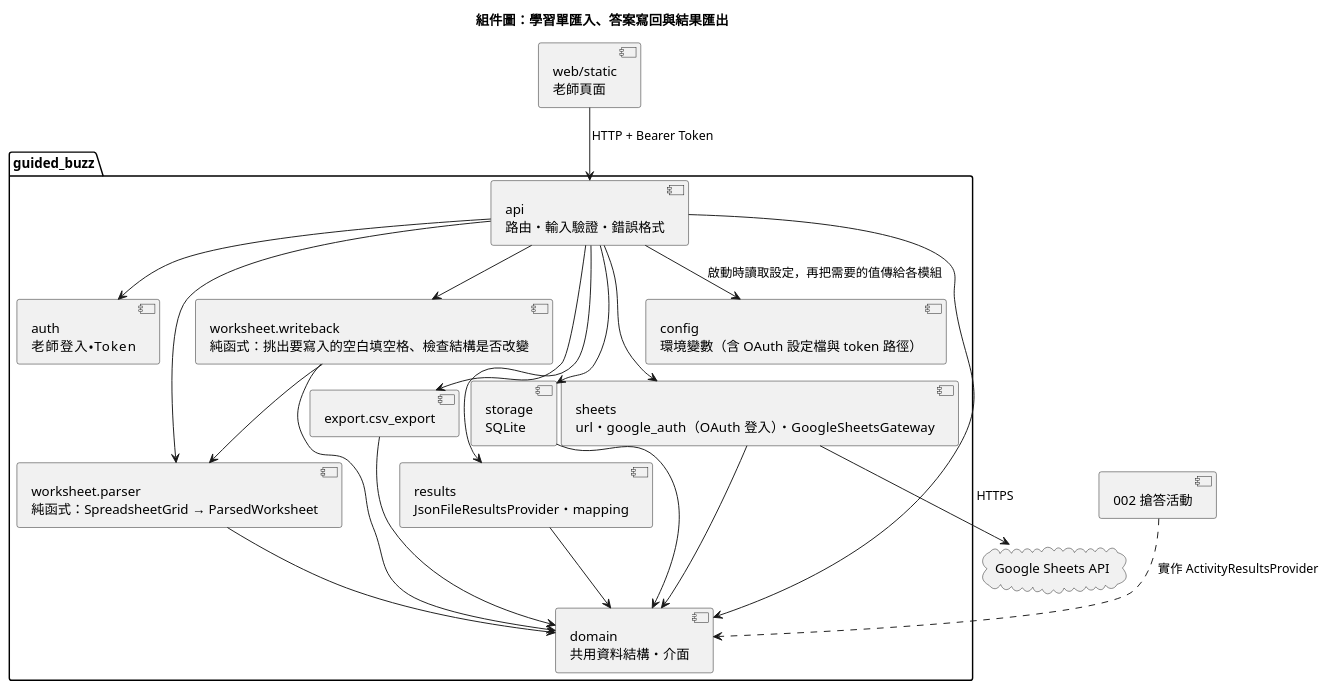
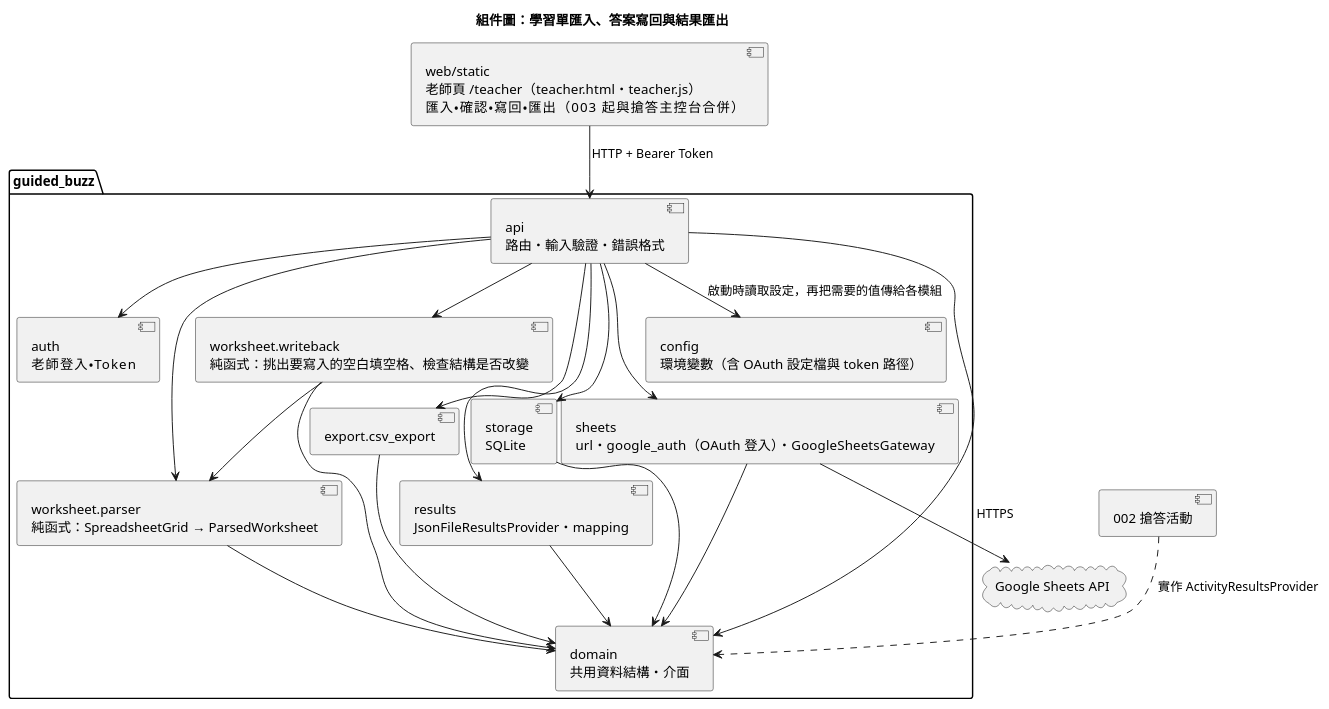
Before and after one commit to silverwind63/SEFinal: the diagram in diagrams/001-guided-notes-import/06-component.puml, drawn with PlantUML. The commit also changed 24 other files, not shown here.

First line of the commit message:
docs(003): 入口頁與老師頁面對齊 OpenSpec 組的規格、計畫、任務與圖表

```diff
--- a/diagrams/001-guided-notes-import/06-component.puml
+++ b/diagrams/001-guided-notes-import/06-component.puml
@@ -1,38 +1,38 @@
 @startuml
 !pragma layout smetana
 title 組件圖：學習單匯入、答案寫回與結果匯出
-component "web/static\n老師頁面" as web
+component "web/static\n老師頁 /teacher（teacher.html・teacher.js）\n匯入・確認・寫回・匯出（003 起與搶答主控台合併）" as web
 cloud "Google Sheets API" as gapi
 package "guided_buzz" {
   component "api\n路由・輸入驗證・錯誤格式" as api
   component "auth\n老師登入・Token" as auth
   component "worksheet.parser\n純函式：SpreadsheetGrid → ParsedWorksheet" as parser
   component "worksheet.writeback\n純函式：挑出要寫入的空白填空格、檢查結構是否改變" as writeback
   component "sheets\nurl・google_auth（OAuth 登入）・GoogleSheetsGateway" as sheets
   component "export.csv_export" as export
   component "results\nJsonFileResultsProvider・mapping" as results
   component "storage\nSQLite" as storage
   component "config\n環境變數（含 OAuth 設定檔與 token 路徑）" as config
   component "domain\n共用資料結構・介面" as domain
 }
 component "002 搶答活動" as buzz
 web --> api : HTTP + Bearer Token
 api --> auth
 api --> parser
 api --> writeback
 api --> sheets
 api --> export
 api --> results
 api --> storage
 sheets --> gapi : HTTPS
 parser --> domain
 writeback --> domain
 writeback --> parser
 sheets --> domain
 export --> domain
 results --> domain
 storage --> domain
 api --> domain
 api --> config : 啟動時讀取設定，再把需要的值傳給各模組
 buzz ..> domain : 實作 ActivityResultsProvider
 @enduml
```
